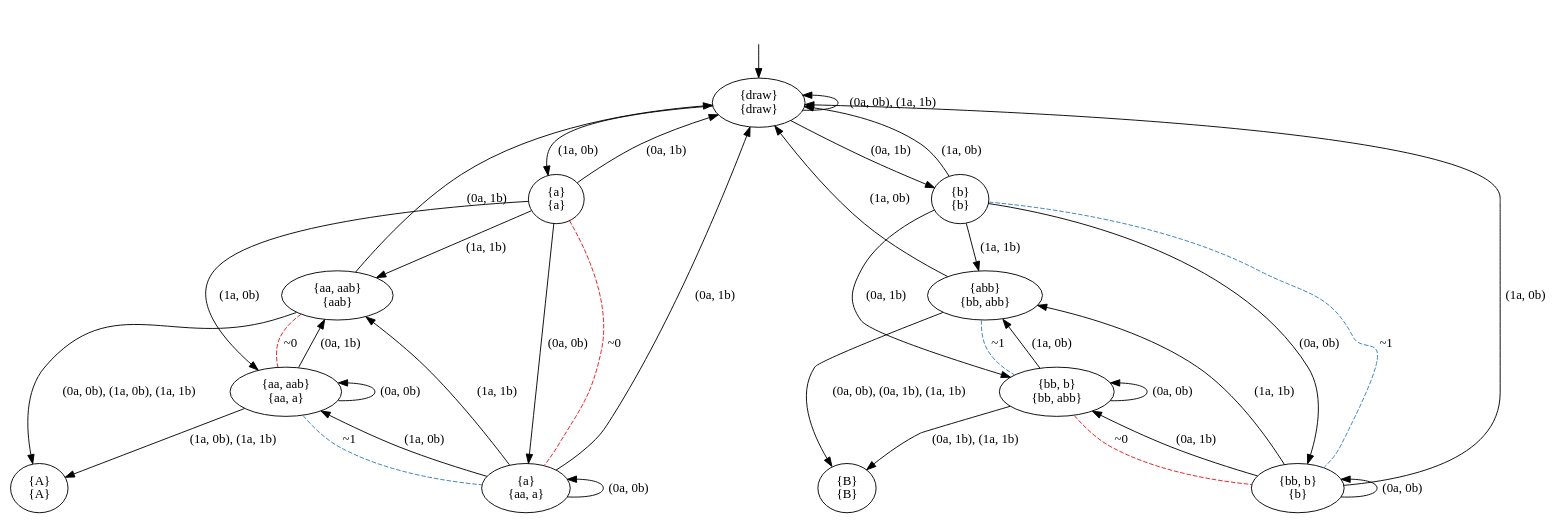
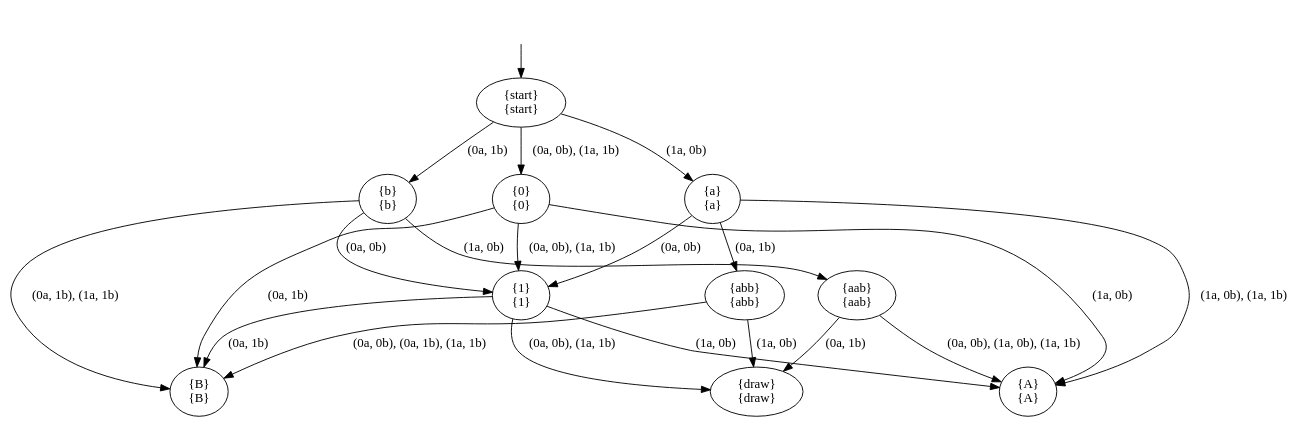
Before and after one commit to olandr/mkbsc: the diagram in pictures/GK.dot, drawn with Graphviz. The commit also changed 4 other files, not shown here.

```diff
--- a/pictures/GK.dot
+++ b/pictures/GK.dot
@@ -1,54 +1,37 @@
 digraph  {
 concentrate=False;
 nodesep=0.5;
 ranksep=0.5;
 splines=True;
-4613337832 [label="{draw}\n{draw}"];
-4613338000 [label="{a}\n{a}"];
-4613337384 [label="{b}\n{b}"];
-4613338448 [label="{a}\n{aa, a}"];
-4613339288 [label="{aa, aab}\n{aa, a}"];
-4613394560 [label="{aa, aab}\n{aab}"];
-4613394784 [label="{bb, b}\n{b}"];
-4613395120 [label="{bb, b}\n{bb, abb}"];
-4613395344 [label="{abb}\n{bb, abb}"];
-4613396128 [label="{A}\n{A}"];
-4613418456 [label="{B}\n{B}"];
+4705035992 [label="{start}\n{start}"];
+4705034536 [label="{0}\n{0}"];
+4705035040 [label="{a}\n{a}"];
+4705037000 [label="{b}\n{b}"];
+4705037336 [label="{1}\n{1}"];
+4705035208 [label="{A}\n{A}"];
+4705034872 [label="{B}\n{B}"];
+4705037672 [label="{abb}\n{abb}"];
+4705038120 [label="{aab}\n{aab}"];
+4705036384 [label="{draw}\n{draw}"];
 hidden [label="", shape=none];
-4613337832 -> 4613338000  [action="('1a', '0b')", key="('1a', '0b')", label="(1a, 0b)"];
-4613337832 -> 4613337384  [action="('0a', '1b')", key="('0a', '1b')", label="(0a, 1b)"];
-4613337832 -> 4613337832  [action="(('0a', '0b'), ('1a', '1b'))", dir=back, key="(('0a', '0b'), ('1a', '1b'))", label="(0a, 0b), (1a, 1b)"];
-4613338000 -> 4613338448  [action="('0a', '0b')", key="('0a', '0b')", label="(0a, 0b)"];
-4613338000 -> 4613338448  [arrowhead=none, color=1, colorscheme=set19, constraint=True, key=1, label="~0", style=dashed];
-4613338000 -> 4613339288  [action="('1a', '0b')", key="('1a', '0b')", label="(1a, 0b)"];
-4613338000 -> 4613337832  [action="('0a', '1b')", key="('0a', '1b')", label="(0a, 1b)"];
-4613338000 -> 4613394560  [action="('1a', '1b')", key="('1a', '1b')", label="(1a, 1b)"];
-4613337384 -> 4613394784  [action="('0a', '0b')", key="('0a', '0b')", label="(0a, 0b)"];
-4613337384 -> 4613394784  [arrowhead=none, color=2, colorscheme=set19, constraint=True, key=1, label="~1", style=dashed];
-4613337384 -> 4613337832  [action="('1a', '0b')", key="('1a', '0b')", label="(1a, 0b)"];
-4613337384 -> 4613395120  [action="('0a', '1b')", key="('0a', '1b')", label="(0a, 1b)"];
-4613337384 -> 4613395344  [action="('1a', '1b')", key="('1a', '1b')", label="(1a, 1b)"];
-4613338448 -> 4613338448  [action="('0a', '0b')", dir=back, key="('0a', '0b')", label="(0a, 0b)"];
-4613338448 -> 4613339288  [action="('1a', '0b')", key="('1a', '0b')", label="(1a, 0b)"];
-4613338448 -> 4613337832  [action="('0a', '1b')", key="('0a', '1b')", label="(0a, 1b)"];
-4613338448 -> 4613394560  [action="('1a', '1b')", key="('1a', '1b')", label="(1a, 1b)"];
-4613339288 -> 4613339288  [action="('0a', '0b')", dir=back, key="('0a', '0b')", label="(0a, 0b)"];
-4613339288 -> 4613394560  [action="('0a', '1b')", key="('0a', '1b')", label="(0a, 1b)"];
-4613339288 -> 4613396128  [action="(('1a', '0b'), ('1a', '1b'))", key="(('1a', '0b'), ('1a', '1b'))", label="(1a, 0b), (1a, 1b)"];
-4613339288 -> 4613338448  [arrowhead=none, color=2, colorscheme=set19, constraint=True, key=0, label="~1", style=dashed];
-4613394560 -> 4613337832  [action="('0a', '1b')", key="('0a', '1b')", label="(0a, 1b)"];
-4613394560 -> 4613396128  [action="(('0a', '0b'), ('1a', '0b'), ('1a', '1b'))", key="(('0a', '0b'), ('1a', '0b'), ('1a', '1b'))", label="(0a, 0b), (1a, 0b), (1a, 1b)"];
-4613394560 -> 4613339288  [arrowhead=none, color=1, colorscheme=set19, constraint=True, key=0, label="~0", style=dashed];
-4613394784 -> 4613394784  [action="('0a', '0b')", dir=back, key="('0a', '0b')", label="(0a, 0b)"];
-4613394784 -> 4613337832  [action="('1a', '0b')", key="('1a', '0b')", label="(1a, 0b)"];
-4613394784 -> 4613395120  [action="('0a', '1b')", key="('0a', '1b')", label="(0a, 1b)"];
-4613394784 -> 4613395344  [action="('1a', '1b')", key="('1a', '1b')", label="(1a, 1b)"];
-4613395120 -> 4613395120  [action="('0a', '0b')", dir=back, key="('0a', '0b')", label="(0a, 0b)"];
-4613395120 -> 4613395344  [action="('1a', '0b')", key="('1a', '0b')", label="(1a, 0b)"];
-4613395120 -> 4613418456  [action="(('0a', '1b'), ('1a', '1b'))", key="(('0a', '1b'), ('1a', '1b'))", label="(0a, 1b), (1a, 1b)"];
-4613395120 -> 4613394784  [arrowhead=none, color=1, colorscheme=set19, constraint=True, key=0, label="~0", style=dashed];
-4613395344 -> 4613337832  [action="('1a', '0b')", key="('1a', '0b')", label="(1a, 0b)"];
-4613395344 -> 4613418456  [action="(('0a', '0b'), ('0a', '1b'), ('1a', '1b'))", key="(('0a', '0b'), ('0a', '1b'), ('1a', '1b'))", label="(0a, 0b), (0a, 1b), (1a, 1b)"];
-4613395344 -> 4613395120  [arrowhead=none, color=2, colorscheme=set19, constraint=True, key=0, label="~1", style=dashed];
-hidden -> 4613337832  [key=0];
+4705035992 -> 4705035040  [action="('1a', '0b')", key="('1a', '0b')", label="(1a, 0b)"];
+4705035992 -> 4705037000  [action="('0a', '1b')", key="('0a', '1b')", label="(0a, 1b)"];
+4705035992 -> 4705034536  [action="(('0a', '0b'), ('1a', '1b'))", key="(('0a', '0b'), ('1a', '1b'))", label="(0a, 0b), (1a, 1b)"];
+4705034536 -> 4705035208  [action="('1a', '0b')", key="('1a', '0b')", label="(1a, 0b)"];
+4705034536 -> 4705034872  [action="('0a', '1b')", key="('0a', '1b')", label="(0a, 1b)"];
+4705034536 -> 4705037336  [action="(('0a', '0b'), ('1a', '1b'))", key="(('0a', '0b'), ('1a', '1b'))", label="(0a, 0b), (1a, 1b)"];
+4705035040 -> 4705037336  [action="('0a', '0b')", key="('0a', '0b')", label="(0a, 0b)"];
+4705035040 -> 4705037672  [action="('0a', '1b')", key="('0a', '1b')", label="(0a, 1b)"];
+4705035040 -> 4705035208  [action="(('1a', '0b'), ('1a', '1b'))", key="(('1a', '0b'), ('1a', '1b'))", label="(1a, 0b), (1a, 1b)"];
+4705037000 -> 4705037336  [action="('0a', '0b')", key="('0a', '0b')", label="(0a, 0b)"];
+4705037000 -> 4705038120  [action="('1a', '0b')", key="('1a', '0b')", label="(1a, 0b)"];
+4705037000 -> 4705034872  [action="(('0a', '1b'), ('1a', '1b'))", key="(('0a', '1b'), ('1a', '1b'))", label="(0a, 1b), (1a, 1b)"];
+4705037336 -> 4705035208  [action="('1a', '0b')", key="('1a', '0b')", label="(1a, 0b)"];
+4705037336 -> 4705034872  [action="('0a', '1b')", key="('0a', '1b')", label="(0a, 1b)"];
+4705037336 -> 4705036384  [action="(('0a', '0b'), ('1a', '1b'))", key="(('0a', '0b'), ('1a', '1b'))", label="(0a, 0b), (1a, 1b)"];
+4705037672 -> 4705036384  [action="('1a', '0b')", key="('1a', '0b')", label="(1a, 0b)"];
+4705037672 -> 4705034872  [action="(('0a', '0b'), ('0a', '1b'), ('1a', '1b'))", key="(('0a', '0b'), ('0a', '1b'), ('1a', '1b'))", label="(0a, 0b), (0a, 1b), (1a, 1b)"];
+4705038120 -> 4705036384  [action="('0a', '1b')", key="('0a', '1b')", label="(0a, 1b)"];
+4705038120 -> 4705035208  [action="(('0a', '0b'), ('1a', '0b'), ('1a', '1b'))", key="(('0a', '0b'), ('1a', '0b'), ('1a', '1b'))", label="(0a, 0b), (1a, 0b), (1a, 1b)"];
+hidden -> 4705035992  [key=0];
 }
```
